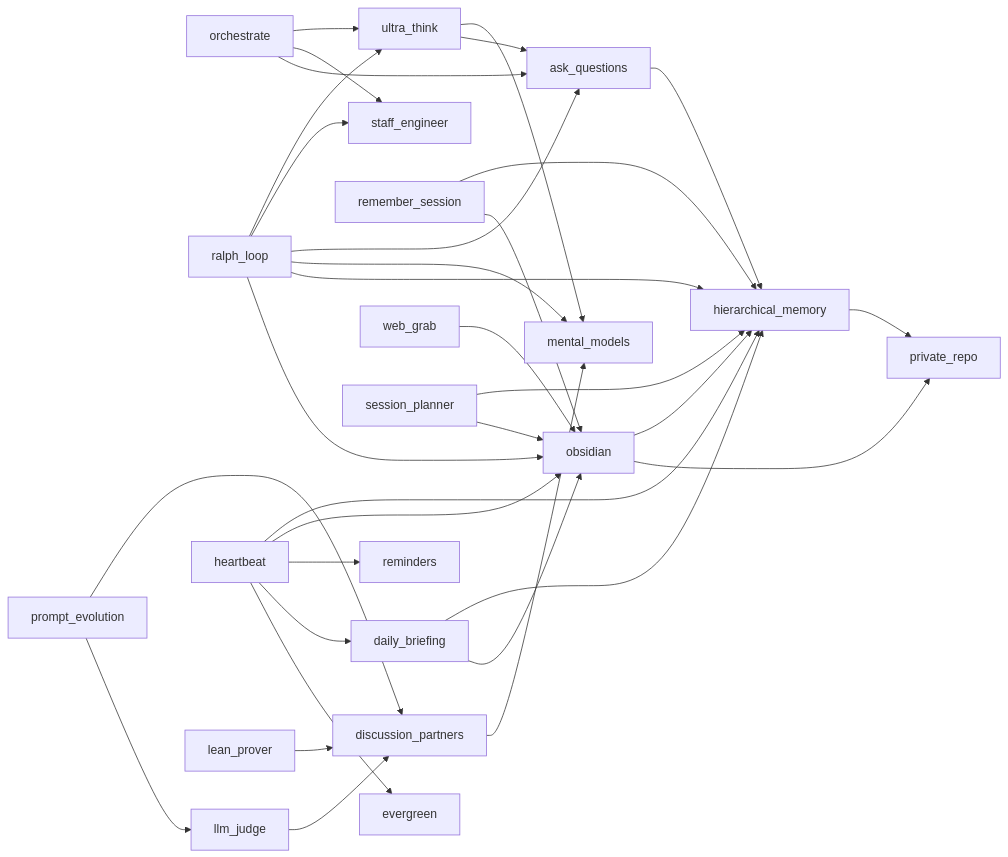
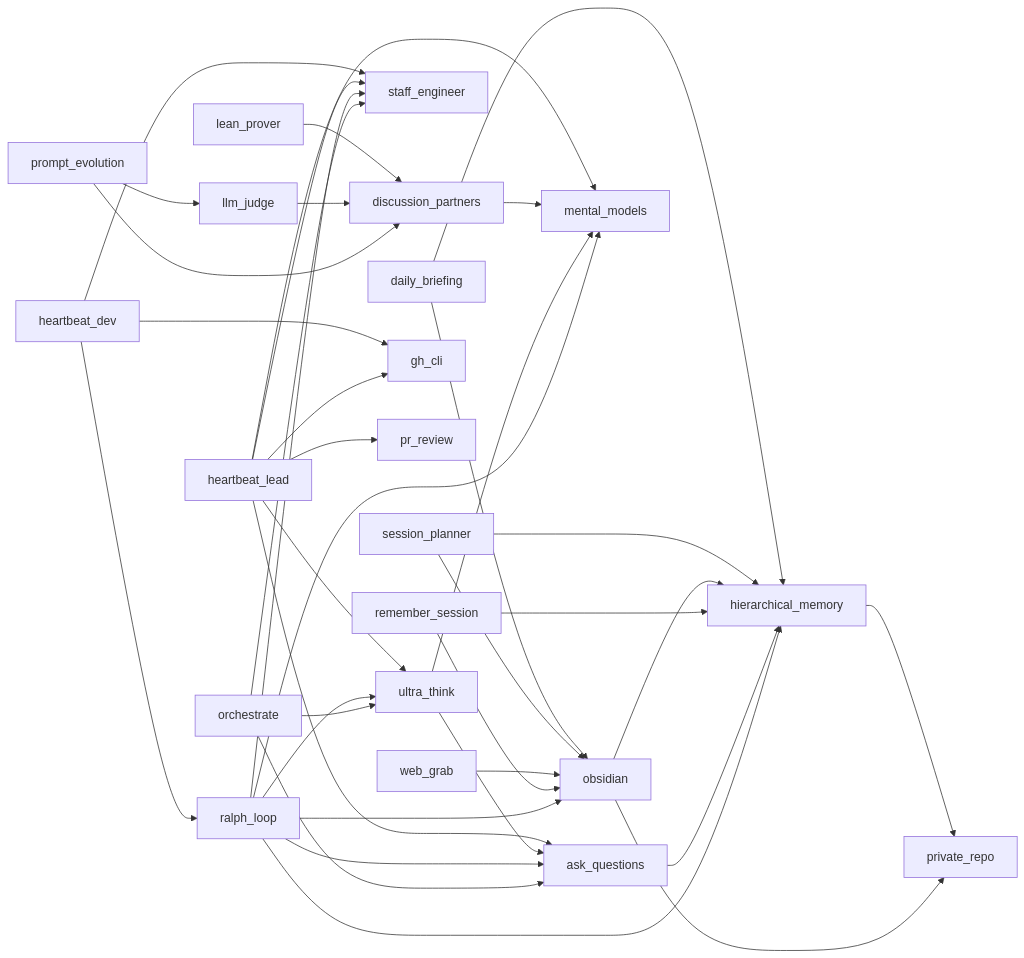
Before and after one commit to zachmayer/skills: the diagram in README.md, drawn with Mermaid. The commit also changed other lines of this file and 6 other files, not shown here.

First line of the commit message:
Refactor heartbeat into two-agent FSM (lead + dev)

````diff
--- a/README.md
+++ b/README.md
@@ -98,35 +98,39 @@
 ```mermaid
 graph LR
     orchestrate --> ultra_think
     orchestrate --> staff_engineer
     orchestrate --> ask_questions
     ralph_loop --> ultra_think
     ralph_loop --> staff_engineer
     ralph_loop --> ask_questions
     ralph_loop --> mental_models
     ralph_loop --> hierarchical_memory
     ralph_loop --> obsidian
     ultra_think --> mental_models
     ultra_think --> ask_questions
     ask_questions --> hierarchical_memory
     prompt_evolution --> discussion_partners
     prompt_evolution --> llm_judge
     llm_judge --> discussion_partners
     discussion_partners --> mental_models
     remember_session --> hierarchical_memory
     remember_session --> obsidian
-    heartbeat --> hierarchical_memory
-    heartbeat --> obsidian
-    heartbeat --> reminders
-    heartbeat --> daily_briefing
-    heartbeat --> evergreen
+    heartbeat_lead --> staff_engineer
+    heartbeat_lead --> gh_cli
+    heartbeat_lead --> pr_review
+    heartbeat_lead --> mental_models
+    heartbeat_lead --> ultra_think
+    heartbeat_lead --> ask_questions
+    heartbeat_dev --> staff_engineer
+    heartbeat_dev --> ralph_loop
+    heartbeat_dev --> gh_cli
     obsidian --> hierarchical_memory
     obsidian --> private_repo
     hierarchical_memory --> private_repo
     web_grab --> obsidian
     lean_prover --> discussion_partners
     session_planner --> hierarchical_memory
     session_planner --> obsidian
     daily_briefing --> hierarchical_memory
     daily_briefing --> obsidian
 ```
````
